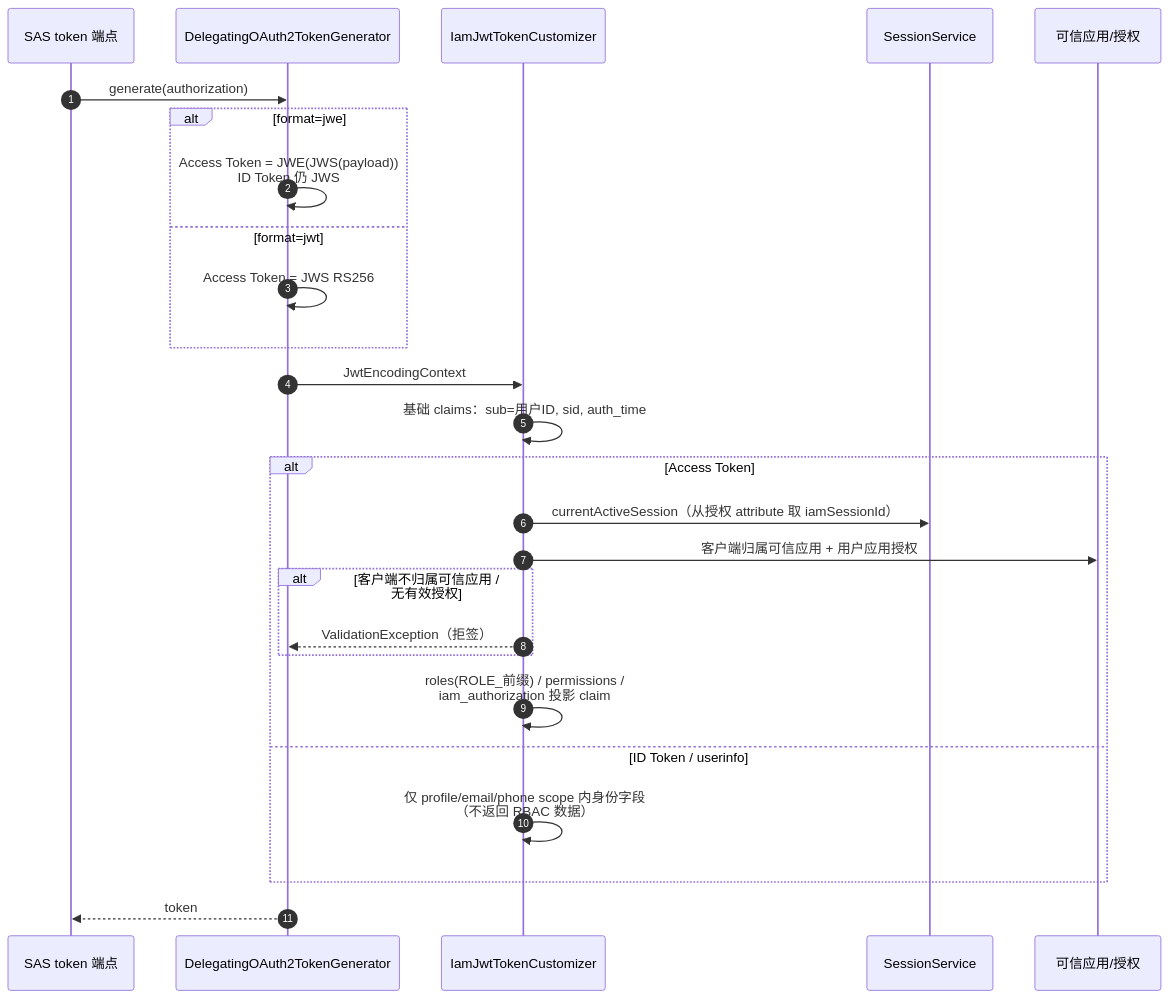
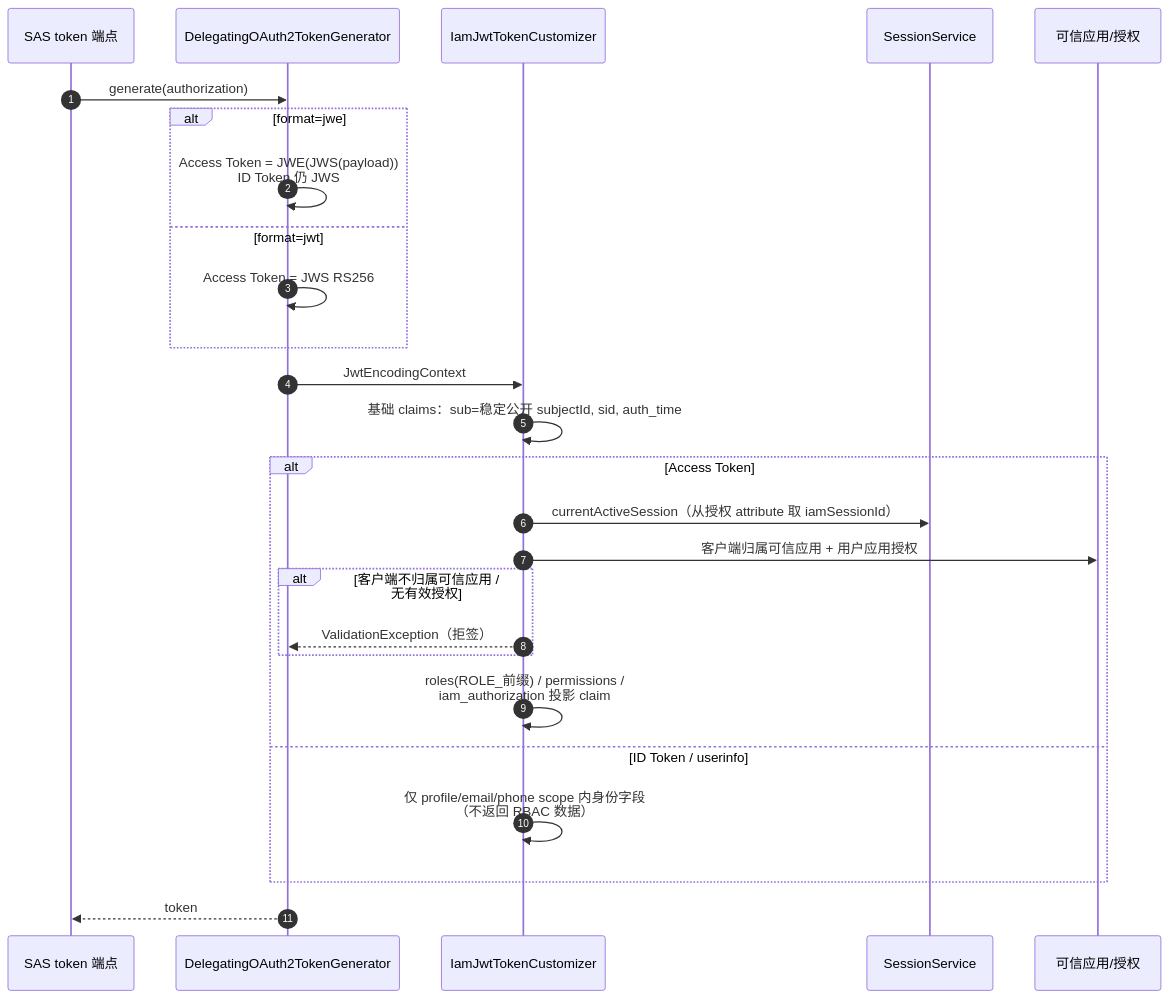
The second of 4 diagrams in sdk/auth/iam/server/simple-iam-server-starter/docs/领域文档/OAuth2与令牌验证.md (Sure-Zzzzzz/normal-sdks), drawn with Mermaid before and after one commit. The commit also changed other lines of this file and 82 other files, not shown here.

````diff
--- a/sdk/auth/iam/server/simple-iam-server-starter/docs/领域文档/OAuth2与令牌验证.md
+++ b/sdk/auth/iam/server/simple-iam-server-starter/docs/领域文档/OAuth2与令牌验证.md
@@ -47,29 +47,29 @@
 ```mermaid
 sequenceDiagram
     autonumber
     participant AS as SAS token 端点
     participant G as DelegatingOAuth2TokenGenerator
     participant CZ as IamJwtTokenCustomizer
     participant SS as SessionService
     participant TA as 可信应用/授权
 
     AS->>G: generate(authorization)
     alt format=jwe
         G->>G: Access Token = JWE(JWS(payload))<br/>ID Token 仍 JWS
     else format=jwt
         G->>G: Access Token = JWS RS256
     end
     G->>CZ: JwtEncodingContext
-    CZ->>CZ: 基础 claims：sub=用户ID, sid, auth_time
+    CZ->>CZ: 基础 claims：sub=稳定公开 subjectId, sid, auth_time
     alt Access Token
         CZ->>SS: currentActiveSession（从授权 attribute 取 iamSessionId）
         CZ->>TA: 客户端归属可信应用 + 用户应用授权
         alt 客户端不归属可信应用 / 无有效授权
             CZ-->>G: ValidationException（拒签）
         end
         CZ->>CZ: roles(ROLE_前缀) / permissions /<br/>iam_authorization 投影 claim
     else ID Token / userinfo
         CZ->>CZ: 仅 profile/email/phone scope 内身份字段<br/>（不返回 RBAC 数据）
     end
     G-->>AS: token
 ```
````
